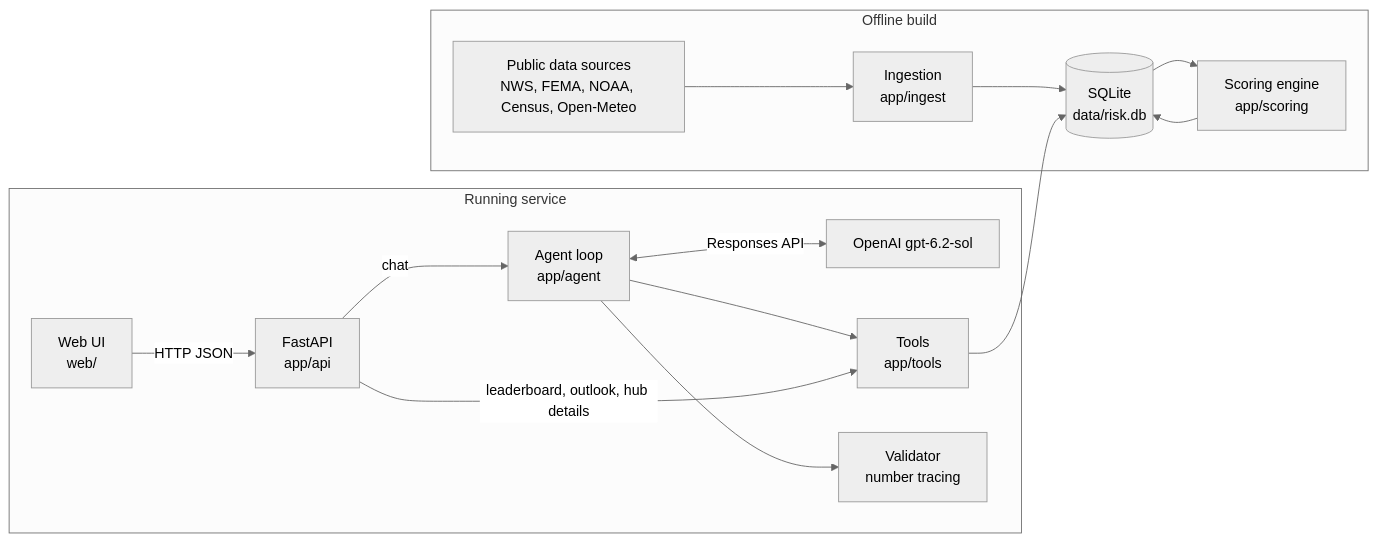
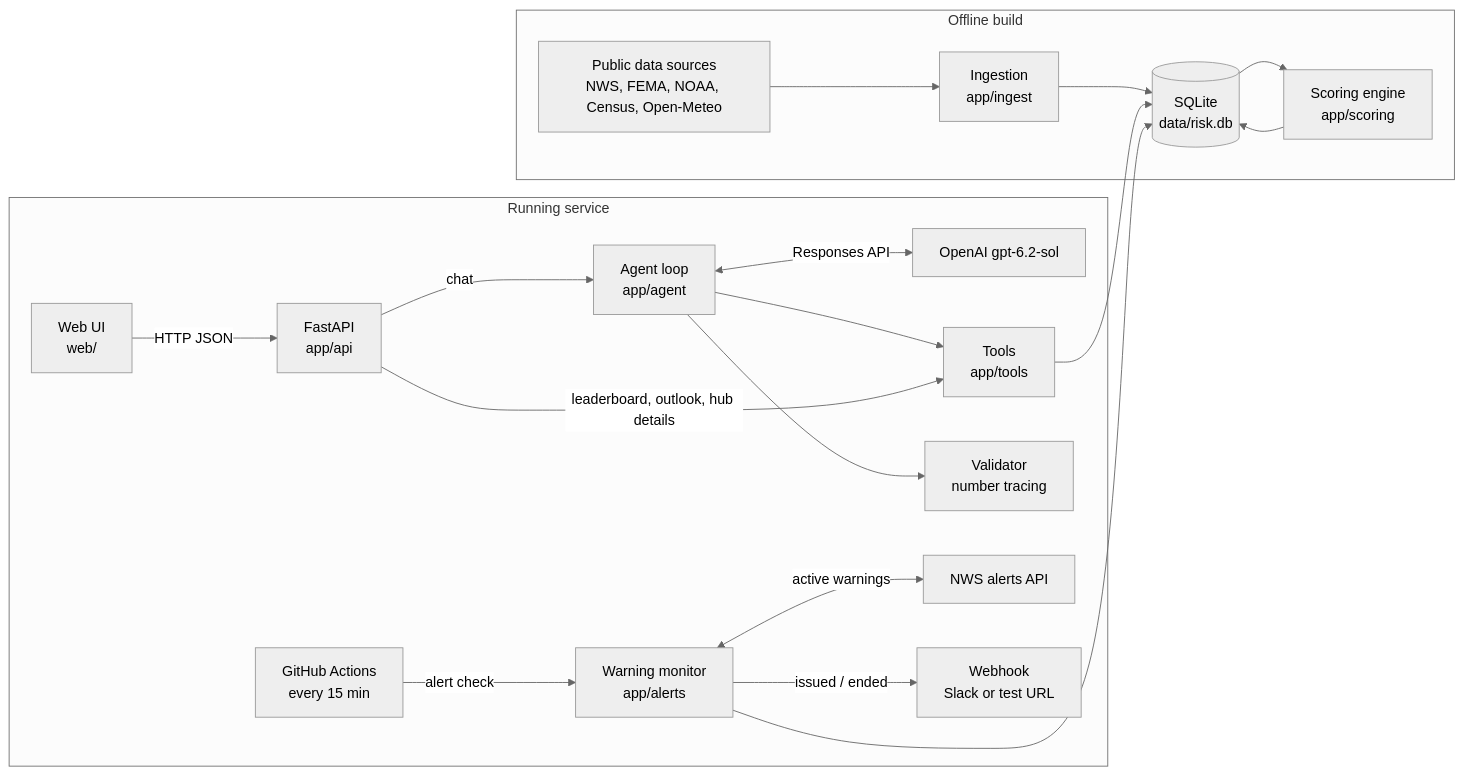
Before and after one commit to omrikantor/weather-risk-agent: the diagram in DESIGN.md, drawn with Mermaid (neutral theme). The commit also changed other lines of this file and 12 other files, not shown here.

First line of the commit message:
Live warning alerts: check active NWS warnings per hub every 15 minutes and post changes to a webhook

````diff
--- a/DESIGN.md
+++ b/DESIGN.md
@@ -17,18 +17,22 @@
 ```mermaid
 flowchart LR
     subgraph Offline build
         SRC[Public data sources<br/>NWS, FEMA, NOAA, Census, Open-Meteo] --> ING[Ingestion<br/>app/ingest]
         ING --> DB[(SQLite<br/>data/risk.db)]
         DB --> SCORE[Scoring engine<br/>app/scoring]
         SCORE --> DB
     end
     subgraph Running service
         UI[Web UI<br/>web/] -->|HTTP JSON| API[FastAPI<br/>app/api]
         API -->|chat| AGENT[Agent loop<br/>app/agent]
         AGENT <-->|Responses API| LLM[OpenAI gpt-6.2-sol]
         AGENT --> TOOLS[Tools<br/>app/tools]
         API -->|leaderboard, outlook, hub details| TOOLS
         TOOLS --> DB
         AGENT --> VAL[Validator<br/>number tracing]
+        CRON[GitHub Actions<br/>every 15 min] -->|alert check| MON[Warning monitor<br/>app/alerts]
+        MON <-->|active warnings| NWS[NWS alerts API]
+        MON -->|issued / ended| HOOK[Webhook<br/>Slack or test URL]
+        MON --> DB
     end
 ```
````
